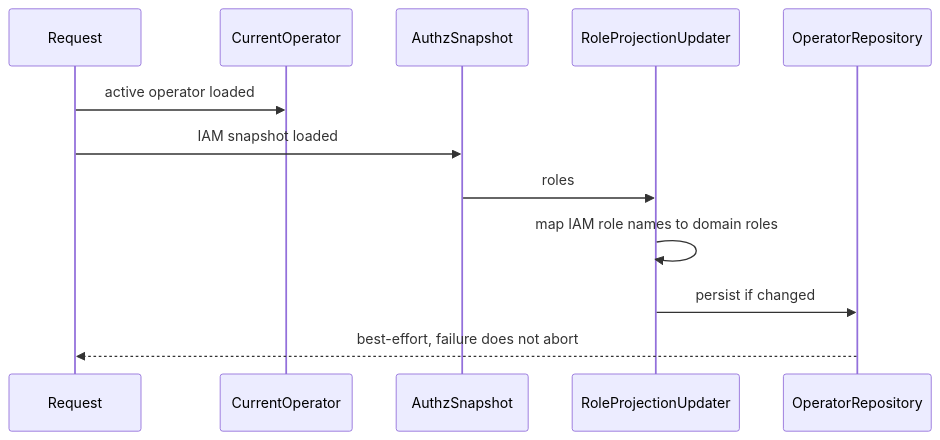
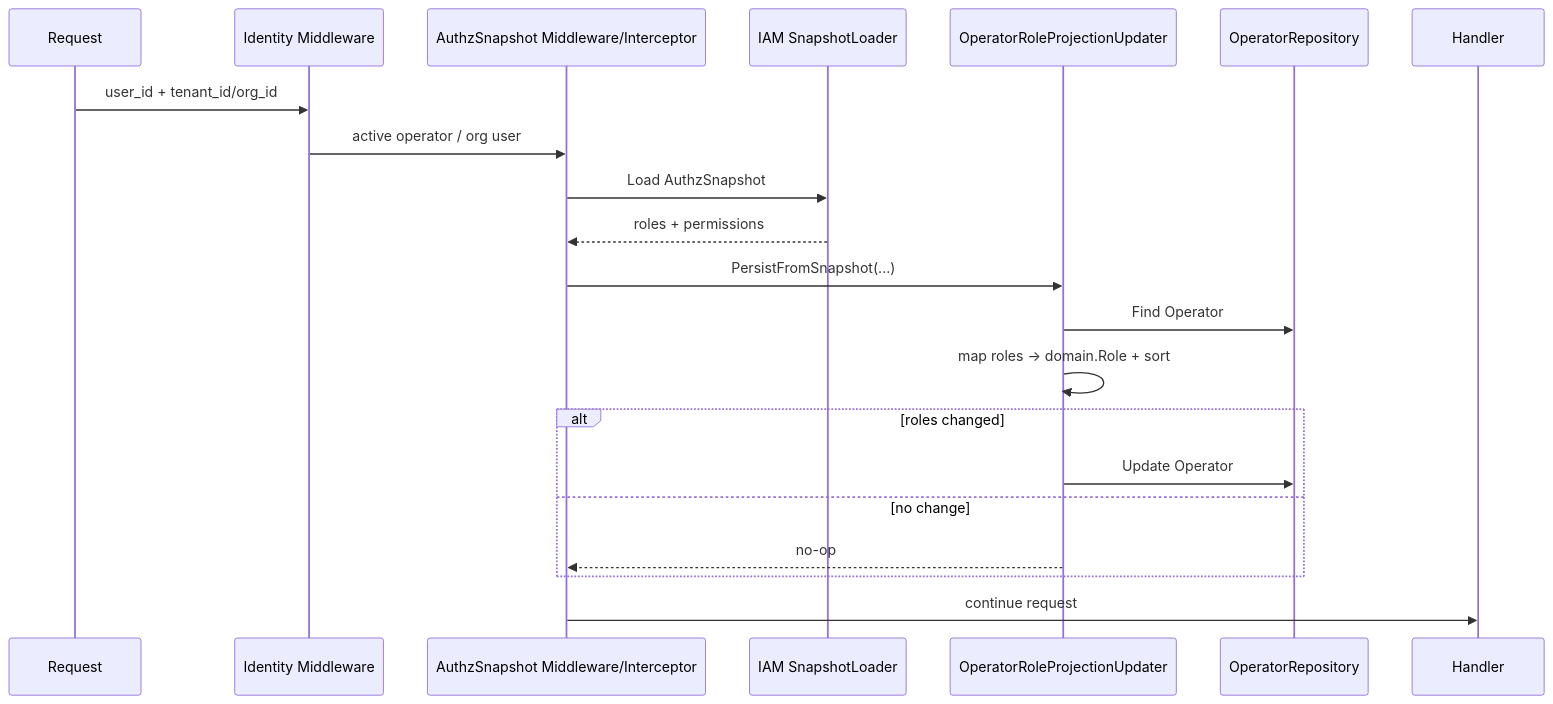
The diagram in docs/03-基础设施/security/04-OperatorRoleProjection.md (FangcunMount/qs-server), drawn with Mermaid before and after one commit. The commit also changed other lines of this file and 6 other files, not shown here.

````diff
--- a/docs/03-基础设施/security/04-OperatorRoleProjection.md
+++ b/docs/03-基础设施/security/04-OperatorRoleProjection.md
@@ -17,15 +58,24 @@
 ```mermaid
 sequenceDiagram
     participant Req as Request
-    participant OP as CurrentOperator
-    participant Snap as AuthzSnapshot
-    participant Updater as RoleProjectionUpdater
+    participant Identity as Identity Middleware
+    participant Snapshot as AuthzSnapshot Middleware/Interceptor
+    participant IAM as IAM SnapshotLoader
+    participant Updater as OperatorRoleProjectionUpdater
     participant Repo as OperatorRepository
+    participant Handler as Handler
 
-    Req->>OP: active operator loaded
-    Req->>Snap: IAM snapshot loaded
-    Snap->>Updater: roles
-    Updater->>Updater: map IAM role names to domain roles
-    Updater->>Repo: persist if changed
-    Repo-->>Req: best-effort, failure does not abort
+    Req->>Identity: user_id + tenant_id/org_id
+    Identity->>Snapshot: active operator / org user
+    Snapshot->>IAM: Load AuthzSnapshot
+    IAM-->>Snapshot: roles + permissions
+    Snapshot->>Updater: PersistFromSnapshot(...)
+    Updater->>Repo: Find Operator
+    Updater->>Updater: map roles -> domain.Role + sort
+    alt roles changed
+        Updater->>Repo: Update Operator
+    else no change
+        Updater-->>Snapshot: no-op
+    end
+    Snapshot->>Handler: continue request
 ```
````
